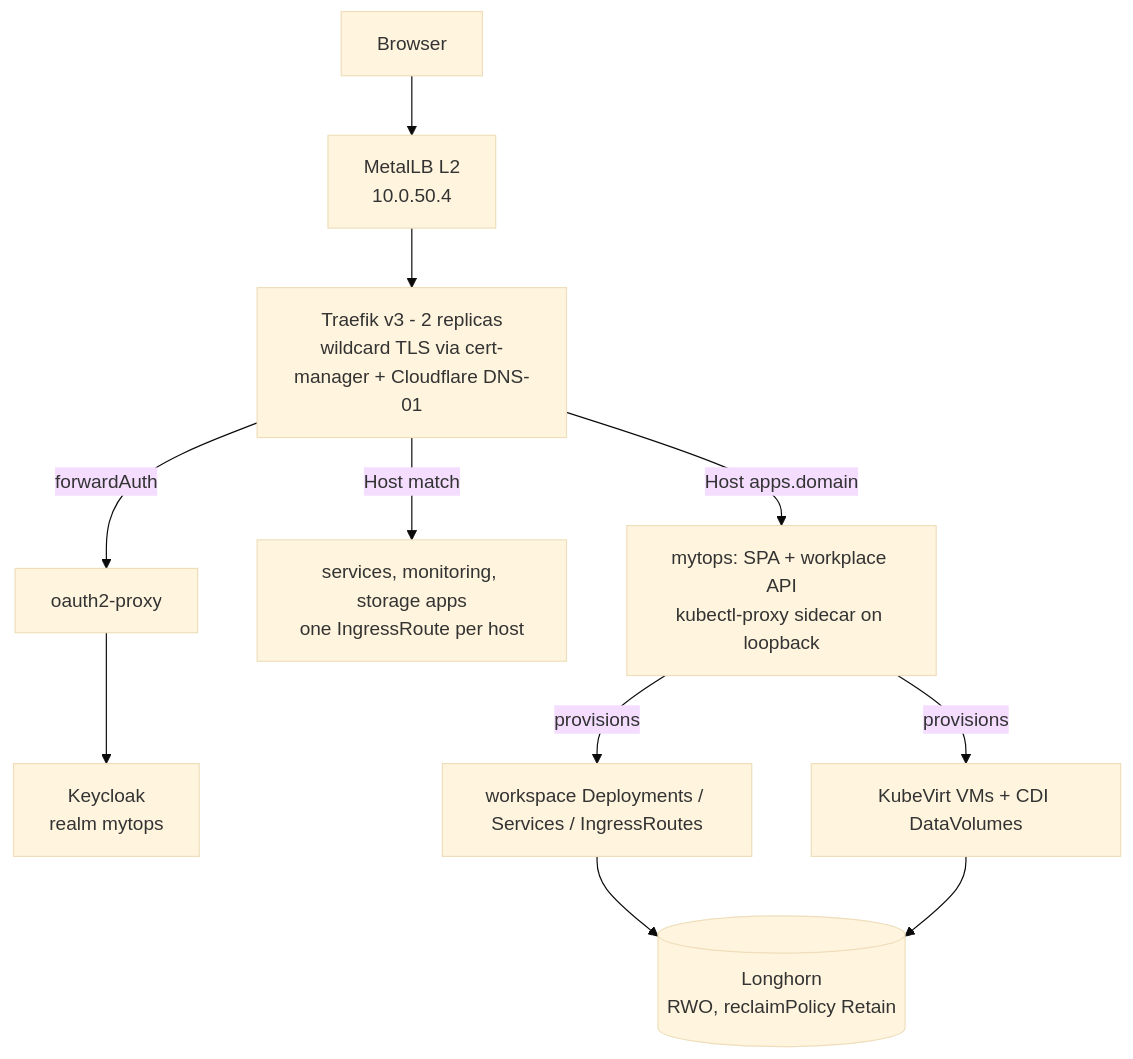
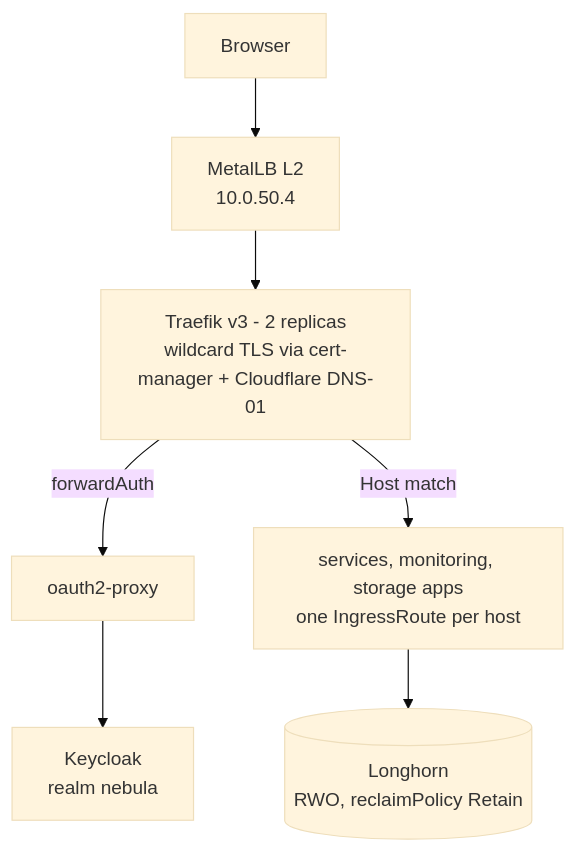
One commit to Myrenic/nebula changed the diagram in README.md. Above: the diagram before and after it, drawn with Mermaid (base theme). The commit also changed other lines of this file and 139 other files, not shown here.

````diff
--- a/README.md
+++ b/README.md
@@ -44,22 +42,15 @@
 ```mermaid
 flowchart TB
   browser["Browser"]
   lb["MetalLB L2<br/>10.0.50.4"]
   traefik["Traefik v3 - 2 replicas<br/>wildcard TLS via cert-manager + Cloudflare DNS-01"]
   oauth["oauth2-proxy"]
-  keycloak["Keycloak<br/>realm mytops"]
+  keycloak["Keycloak<br/>realm nebula"]
   apps["services, monitoring, storage apps<br/>one IngressRoute per host"]
-  mytops["mytops: SPA + workplace API<br/>kubectl-proxy sidecar on loopback"]
-  workspaces["workspace Deployments / Services / IngressRoutes"]
-  vms["KubeVirt VMs + CDI DataVolumes"]
   longhorn[("Longhorn<br/>RWO, reclaimPolicy Retain")]
 
   browser --> lb --> traefik
   traefik -->|"forwardAuth"| oauth --> keycloak
   traefik -->|Host match| apps
-  traefik -->|"Host apps.domain"| mytops
-  mytops -->|provisions| workspaces
-  mytops -->|provisions| vms
-  workspaces --> longhorn
-  vms --> longhorn
+  apps --> longhorn
 ```
````
